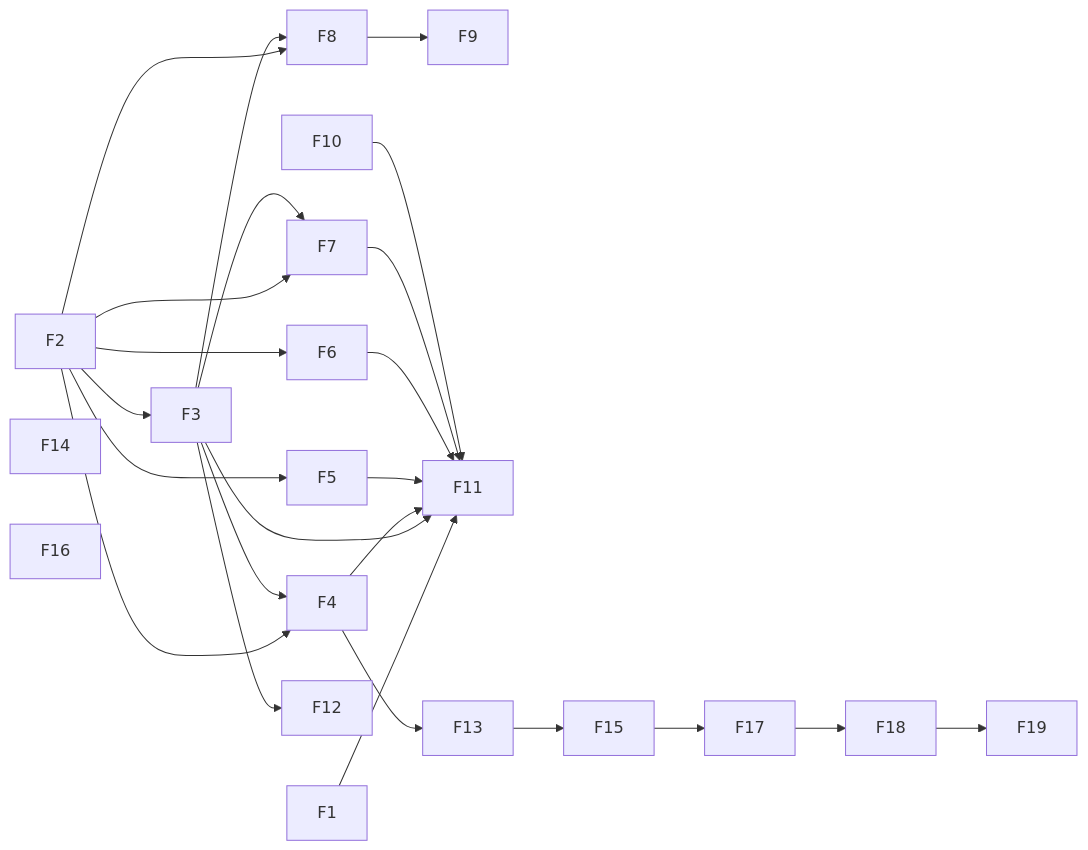
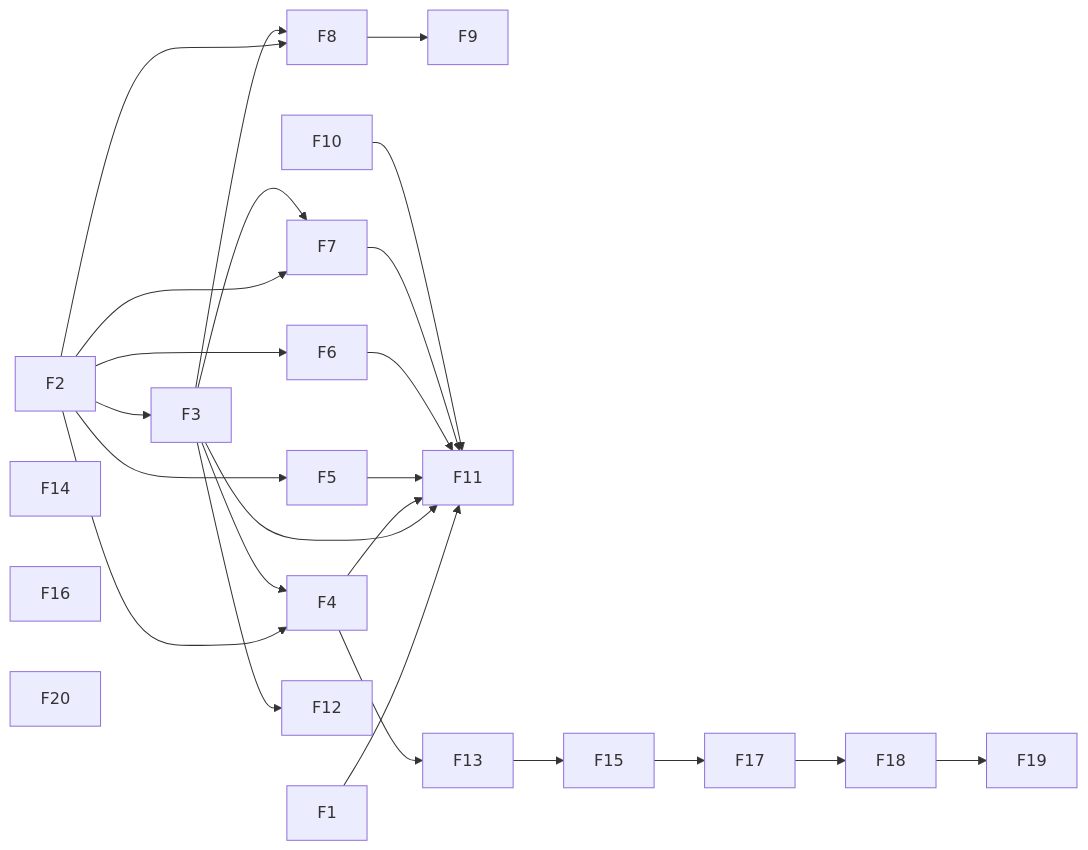
One commit to jhoblitt/rgw-go changed the third of 10 diagrams in docs/superpowers/plans/2026-10-13-phase-2/dependencies.md. Above: the diagram before and after it, drawn with Mermaid. The commit also changed other lines of this file, not shown here.

Commit message:
docs(plan): regenerate the dependency graph for F20

````diff
--- a/docs/superpowers/plans/2026-10-13-phase-2/dependencies.md
+++ b/docs/superpowers/plans/2026-10-13-phase-2/dependencies.md
@@ -67,64 +67,66 @@
 ```mermaid
 flowchart LR
   t_F1["F1"]
   t_F2["F2"]
   t_F3["F3"]
   t_F4["F4"]
   t_F5["F5"]
   t_F6["F6"]
   t_F7["F7"]
   t_F8["F8"]
   t_F9["F9"]
   t_F10["F10"]
   t_F11["F11"]
   t_F12["F12"]
   t_F13["F13"]
   t_F14["F14"]
   t_F15["F15"]
   t_F16["F16"]
   t_F17["F17"]
   t_F18["F18"]
   t_F19["F19"]
+  t_F20["F20"]
   t_F2 --> t_F3
   t_F2 --> t_F4
   t_F3 --> t_F4
   t_F2 --> t_F5
   t_F2 --> t_F6
   t_F2 --> t_F7
   t_F3 --> t_F7
   t_F2 --> t_F8
   t_F3 --> t_F8
   t_F8 --> t_F9
   t_F1 --> t_F11
   t_F3 --> t_F11
   t_F4 --> t_F11
   t_F5 --> t_F11
   t_F6 --> t_F11
   t_F7 --> t_F11
   t_F10 --> t_F11
   t_F3 --> t_F12
   t_F4 --> t_F13
   t_F13 --> t_F15
   t_F15 --> t_F17
   t_F17 --> t_F18
   t_F18 --> t_F19
   click t_F1 href "https://github.com/jhoblitt/rgw-go/blob/main/docs/superpowers/plans/2026-10-13-phase-2/F-floor-19.2.7.md#task-f1-docs-the-specs-squid-floor-is-v1927" "F1: docs, the spec's Squid floor is v19.2.7"
   click t_F2 href "https://github.com/jhoblitt/rgw-go/blob/main/docs/superpowers/plans/2026-10-13-phase-2/F-floor-19.2.7.md#task-f2-docs-the-registry-at-v1927" "F2: docs, the registry at v19.2.7"
   click t_F3 href "https://github.com/jhoblitt/rgw-go/blob/main/docs/superpowers/plans/2026-10-13-phase-2/F-floor-19.2.7.md#task-f3-docs-the-exclusions-at-v1927" "F3: docs, the exclusions at v19.2.7"
   click t_F4 href "https://github.com/jhoblitt/rgw-go/blob/main/docs/superpowers/plans/2026-10-13-phase-2/F-floor-19.2.7.md#task-f4-auth-an-unsigned-content-type-and-x-amz-content-sha256-once-shown-safe" "F4: auth, an unsigned Content-Type and x-amz-content-sha256, once shown safe"
   click t_F5 href "https://github.com/jhoblitt/rgw-go/blob/main/docs/superpowers/plans/2026-10-13-phase-2/F-floor-19.2.7.md#task-f5-driver-a-re-sent-completion-answers-the-stored-etag-on-both-releases" "F5: driver, a re-sent completion answers the stored ETag on both releases"
   click t_F6 href "https://github.com/jhoblitt/rgw-go/blob/main/docs/superpowers/plans/2026-10-13-phase-2/F-floor-19.2.7.md#task-f6-memstore-the-same-for-the-in-memory-store" "F6: memstore, the same for the in-memory store"
   click t_F7 href "https://github.com/jhoblitt/rgw-go/blob/main/docs/superpowers/plans/2026-10-13-phase-2/F-floor-19.2.7.md#task-f7-driver-a-reshard-guard-that-meets-a-missing-shard-re-reads-the-bucket-and-retries" "F7: driver, a reshard guard that meets a missing shard re-reads the bucket and retries"
   click t_F8 href "https://github.com/jhoblitt/rgw-go/blob/main/docs/superpowers/plans/2026-10-13-phase-2/F-floor-19.2.7.md#task-f8-meta-rgwobjectlock-typed-and-the-bucket-instance-json-carries-obj_lock" "F8: meta, RGWObjectLock typed, and the bucket instance JSON carries obj_lock"
   click t_F9 href "https://github.com/jhoblitt/rgw-go/blob/main/docs/superpowers/plans/2026-10-13-phase-2/F-floor-19.2.7.md#task-f9-driver-a-bucket-instance-put-takes-a-documents-obj_lock" "F9: driver, a bucket instance put takes a document's obj_lock"
   click t_F10 href "https://github.com/jhoblitt/rgw-go/blob/main/docs/superpowers/plans/2026-10-13-phase-2/F-floor-19.2.7.md#task-f10-hackgoldens-v1927s-ceph-dencoder-by-default" "F10: hack/goldens, v19.2.7's ceph-dencoder by default"
   click t_F11 href "https://github.com/jhoblitt/rgw-go/blob/main/docs/superpowers/plans/2026-10-13-phase-2/F-floor-19.2.7.md#task-f11-ops-and-parity-squids-pin-bumped-and-radosgws-squid-ledgers-re-recorded" "F11: ops and parity, Squid's pin bumped and radosgw's Squid ledgers re-recorded"
   click t_F12 href "https://github.com/jhoblitt/rgw-go/blob/main/docs/superpowers/plans/2026-10-13-phase-2/F-floor-19.2.7.md#task-f12-driver-guardheads-instance-exemption-on-both-releases" "F12: driver, guardHead's instance exemption on both releases"
   click t_F13 href "https://github.com/jhoblitt/rgw-go/blob/main/docs/superpowers/plans/2026-10-13-phase-2/F-floor-19.2.7.md#task-f13-auth-every-prefix-init_meta_info-renames-must-be-signed" "F13: auth, every prefix init_meta_info renames must be signed"
   click t_F14 href "https://github.com/jhoblitt/rgw-go/blob/main/docs/superpowers/plans/2026-10-13-phase-2/F-floor-19.2.7.md#task-f14-op-a-completemultipartupload-naming-a-version-answers-501" "F14: op, a CompleteMultipartUpload naming a version answers 501"
   click t_F15 href "https://github.com/jhoblitt/rgw-go/blob/main/docs/superpowers/plans/2026-10-13-phase-2/F-floor-19.2.7.md#task-f15-auth-sigv2-refuses-a-renamed-header-carrying-an-x-amz-directive" "F15: auth, SigV2 refuses a renamed header carrying an x-amz directive"
   click t_F16 href "https://github.com/jhoblitt/rgw-go/blob/main/docs/superpowers/plans/2026-10-13-phase-2/F-floor-19.2.7.md#task-f16-s3-createbucket-reads-its-object-lock-header-from-the-renamed-map" "F16: s3, CreateBucket reads its object lock header from the renamed map"
   click t_F17 href "https://github.com/jhoblitt/rgw-go/blob/main/docs/superpowers/plans/2026-10-13-phase-2/F-floor-19.2.7.md#task-f17-auth-a-sigv2-presigned-request-means-the-same-wherever-its-headerquery-split-falls" "F17: auth, a SigV2 presigned request means the same wherever its header/query split falls"
   click t_F18 href "https://github.com/jhoblitt/rgw-go/blob/main/docs/superpowers/plans/2026-10-13-phase-2/F-floor-19.2.7.md#task-f18-auth-authz-and-s3-the-s3-api-reads-x-amz--headers-only" "F18: auth, authz and s3, the S3 API reads X-Amz- headers only"
   click t_F19 href "https://github.com/jhoblitt/rgw-go/blob/main/docs/superpowers/plans/2026-10-13-phase-2/F-floor-19.2.7.md#task-f19-auth-and-s3-a-header-signed-sigv2-request-takes-no-unsigned-query-metadata-or-encryption" "F19: auth and s3, a header-signed SigV2 request takes no unsigned query metadata or encryption"
+  click t_F20 href "https://github.com/jhoblitt/rgw-go/blob/main/docs/superpowers/plans/2026-10-13-phase-2/F-floor-19.2.7.md#task-f20-s3-putobject-parses-partnumber-as-radosgw-does" "F20: s3, PutObject parses partNumber as radosgw does"
 ```
````
